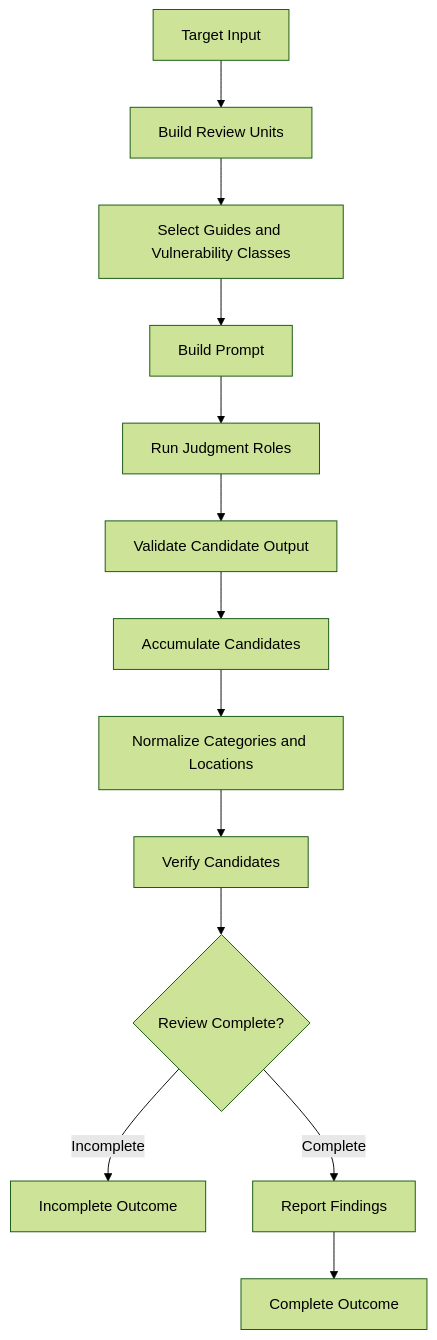
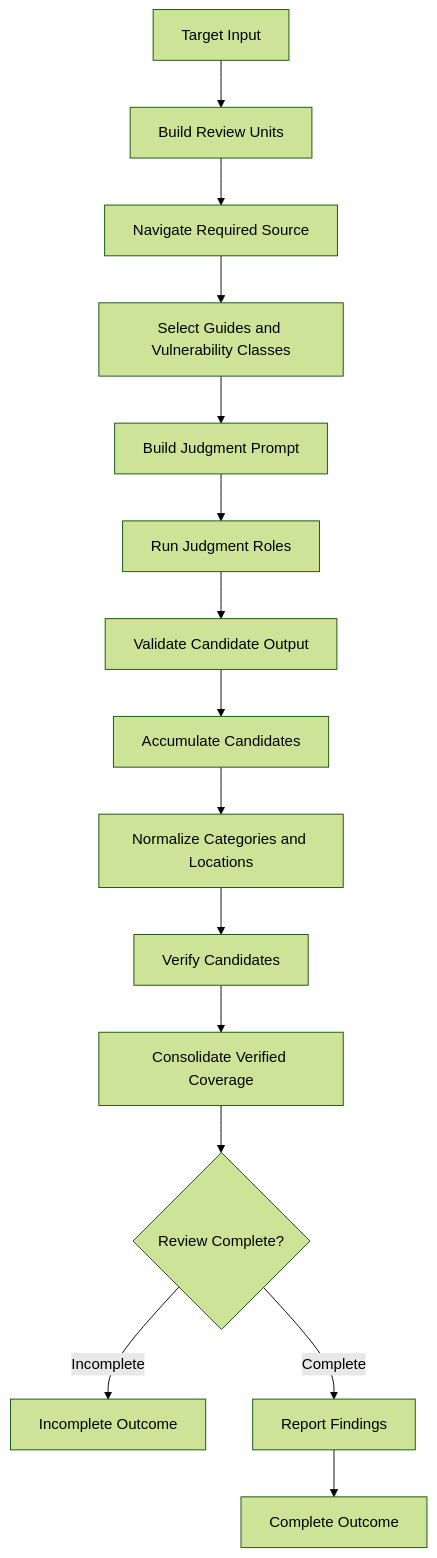
One commit to eth4nr00t/cyberjury changed the second of 3 diagrams in docs/engine-design.md. Above: the diagram before and after it, drawn with Mermaid (forest theme). The commit also changed other lines of this file and 21 other files, not shown here.

Commit message:
feat: refine source navigation and consolidate findings

````diff
--- a/docs/engine-design.md
+++ b/docs/engine-design.md
@@ -122,15 +136,17 @@
 ```mermaid
 flowchart TD
     A[Target Input] --> B[Build Review Units]
-    B --> C[Select Guides and Vulnerability Classes]
-    C --> D[Build Prompt]
-    D --> E[Run Judgment Roles]
-    E --> F[Validate Candidate Output]
-    F --> G[Accumulate Candidates]
-    G --> H[Normalize Categories and Locations]
-    H --> I[Verify Candidates]
-    I --> J{Review Complete?}
-    J -- Incomplete --> K[Incomplete Outcome]
-    J -- Complete --> L[Report Findings]
-    L --> M[Complete Outcome]
+    B --> C[Navigate Required Source]
+    C --> D[Select Guides and Vulnerability Classes]
+    D --> E[Build Judgment Prompt]
+    E --> F[Run Judgment Roles]
+    F --> G[Validate Candidate Output]
+    G --> H[Accumulate Candidates]
+    H --> I[Normalize Categories and Locations]
+    I --> J[Verify Candidates]
+    J --> K[Consolidate Verified Coverage]
+    K --> L{Review Complete?}
+    L -- Incomplete --> M[Incomplete Outcome]
+    L -- Complete --> N[Report Findings]
+    N --> O[Complete Outcome]
 ```
````
